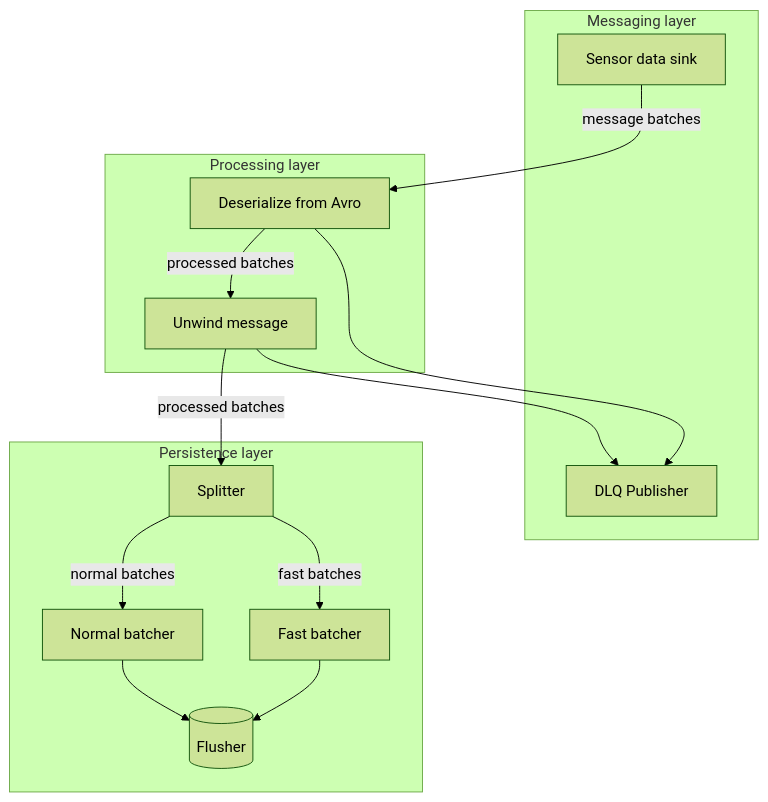
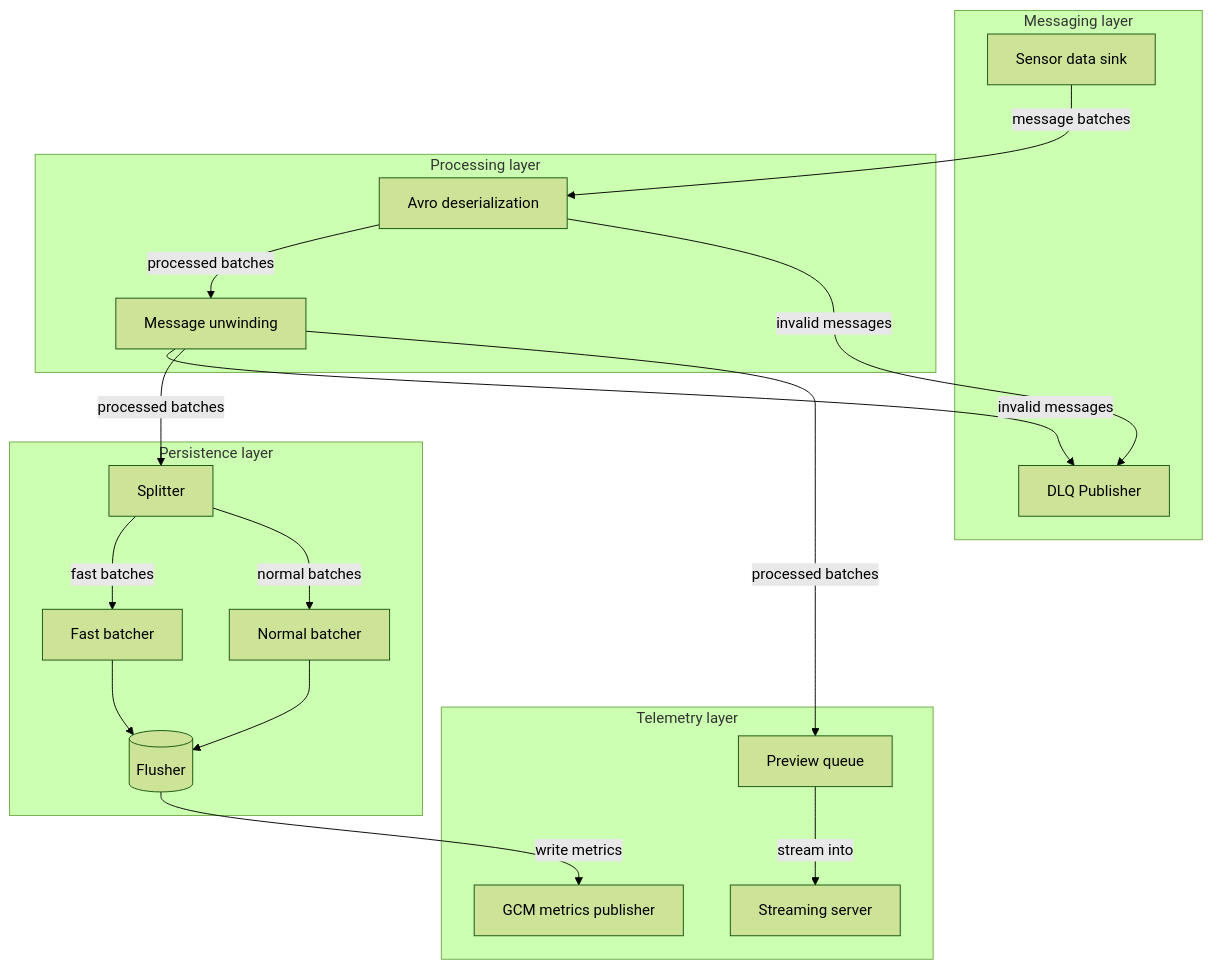
Before and after one commit to ChronoRacer/chronoracer: the first of 3 diagrams in docs/component-core.md, drawn with Mermaid (forest theme). The commit also changed other lines of this file and 89 other files, not shown here.

First line of the commit message:
Core telemetry serving, GCM metrics

````diff
--- a/docs/component-core.md
+++ b/docs/component-core.md
@@ -165,31 +180,39 @@
 ```mermaid
 flowchart TB
     subgraph kafka["Messaging layer"]
         dataSink["Sensor data sink"]
         dlqPublisher["DLQ Publisher"]
 
     end
 
     subgraph process["Processing layer"]
-        extract["Deserialize from Avro"]
-        unwind["Unwind message"]
+        extract["Avro deserialization"]
+        unwind["Message unwinding"]
     end
 
     subgraph persistence["Persistence layer"]
         splitter["Splitter"]
         batcherFast["Fast batcher"]
         batcherNormal["Normal batcher"]
         flusher[("Flusher")]
     end
+    
+    subgraph telemetry["Telemetry layer"]
+        tel_queue["Preview queue"]
+        tel_stream["Streaming server"]
+        metrics["GCM metrics publisher"]
+    end
 
     dataSink -->|message batches| extract
     extract -->|processed batches| unwind
-    extract --> dlqPublisher
-    unwind --> dlqPublisher
+    extract --> |invalid messages| dlqPublisher
+    unwind --> |invalid messages| dlqPublisher
     unwind -->|processed batches| splitter
+    unwind -->|processed batches| tel_queue
+    tel_queue --> |stream into| tel_stream
     splitter -->|fast batches| batcherFast
     splitter -->|normal batches| batcherNormal
     batcherFast --> flusher
     batcherNormal --> flusher
-
+    flusher -->|write metrics|metrics
 ```
````
